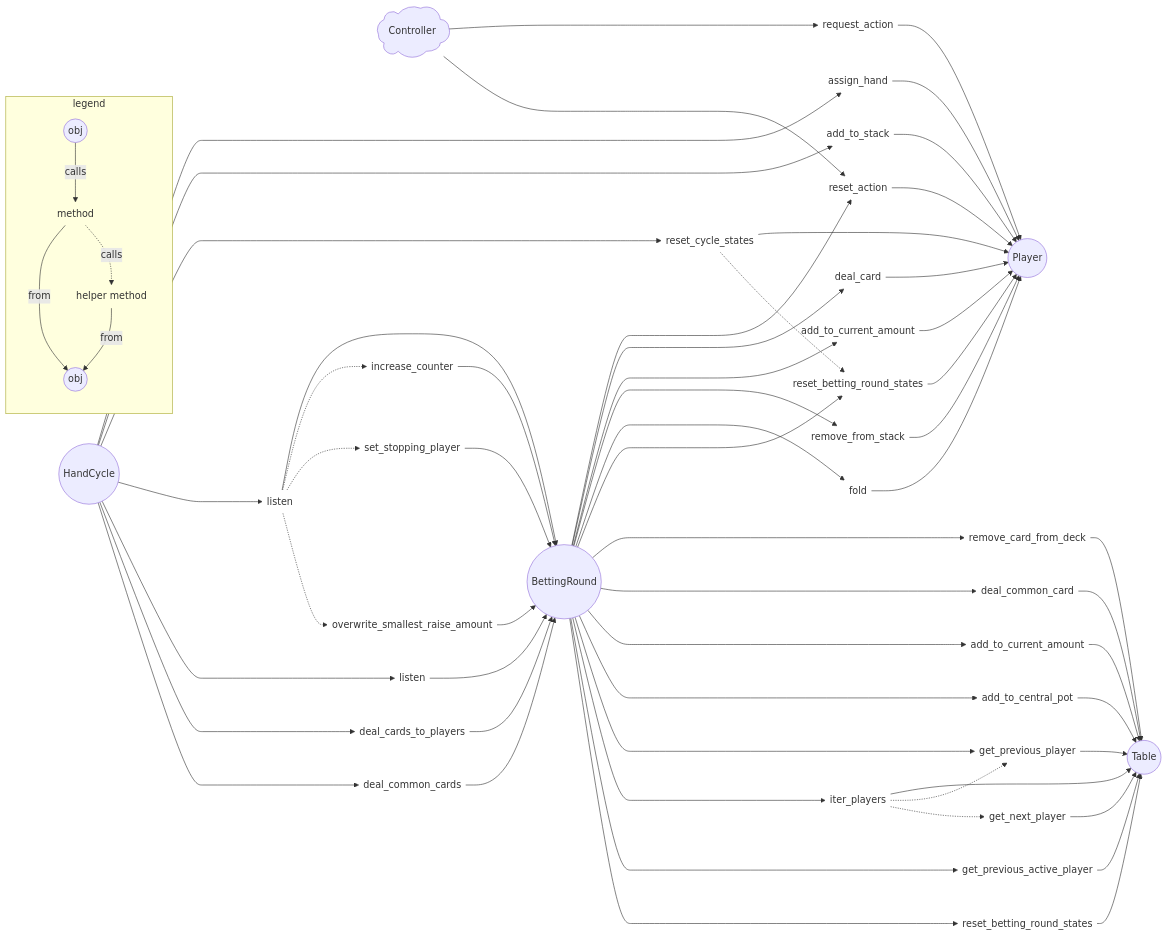
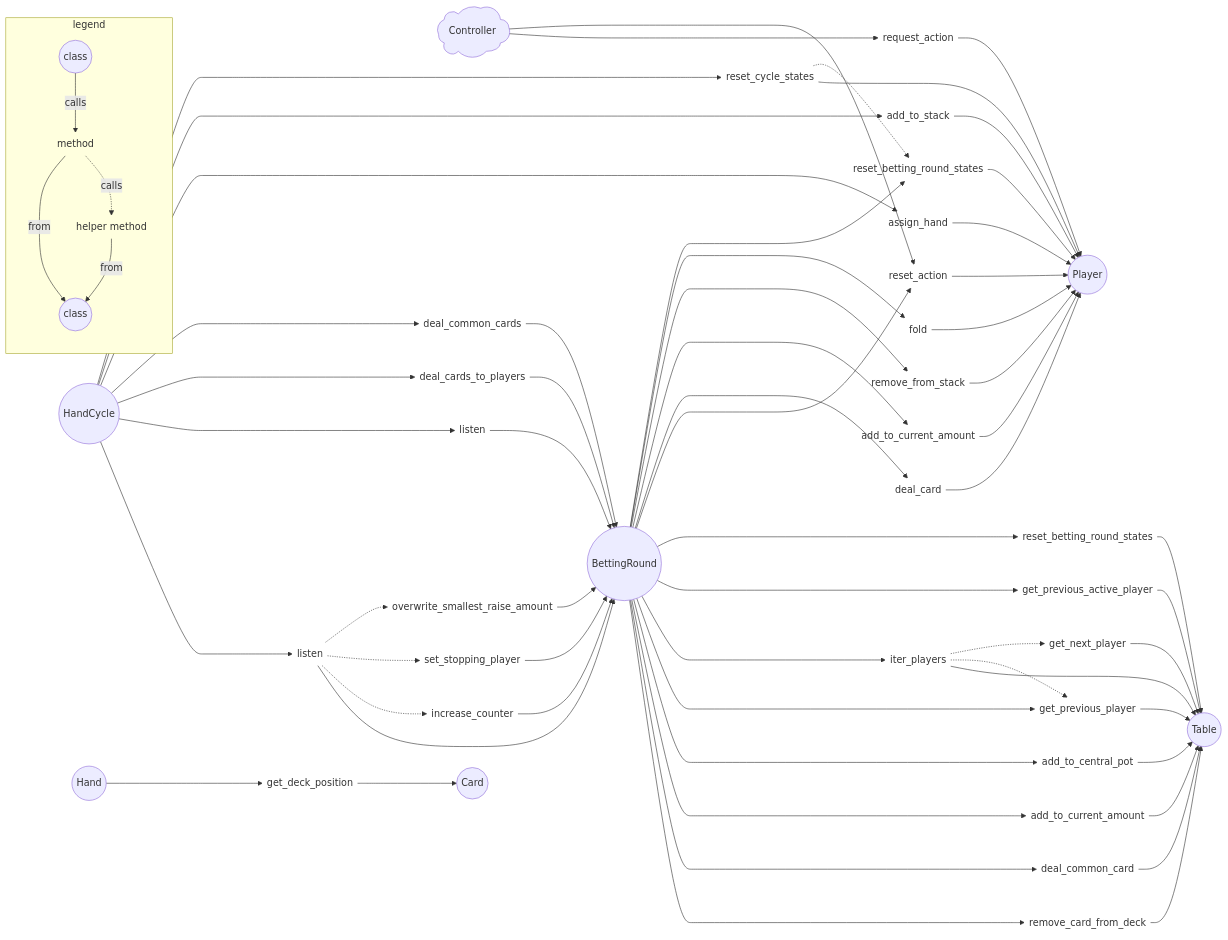
One commit to jorsaland/pokerpy changed the diagram in MODEL.md. Above: the diagram before and after it, drawn with Mermaid.

Commit message:
added cards and hands to the communication model

````diff
--- a/MODEL.md
+++ b/MODEL.md
@@ -1,12 +1,14 @@
 ```mermaid
 flowchart LR
 
+    %% Legend
+
     subgraph legend
-        i1(obj)@{ shape: circle }
-        i2(obj)@{ shape: circle }
+        i1(class)@{ shape: circle }
+        i2(class)@{ shape: circle }
         m1(method)@{ shape: text }
         m2(helper method)@{ shape: text }
-        i1 -->|calls| m1
+        i1 --> |calls| m1
         m1 --> |from| i2
         m1 -.-> |calls| m2
         m2 --> |from| i2
@@ -15,6 +17,28 @@
     %% Classes and methods
 
     C(Controller)@{ shape: cloud }
+
+    HC(HandCycle)@{ shape: circle }
+
+    BR(BettingRound)@{ shape: circle }
+    BR.listen(listen)@{ shape: text }
+    BR.close(listen)@{ shape: text }
+    BR.increase_counter(increase_counter)@{ shape: text }
+    BR.set_stopping_player(set_stopping_player)@{ shape: text }
+    BR.overwrite_smallest_raise_amount(overwrite_smallest_raise_amount)@{ shape: text }
+    BR.deal_cards_to_players(deal_cards_to_players)@{ shape: text }
+    BR.deal_common_cards(deal_common_cards)@{ shape: text }
+
+    T(Table)@{ shape: circle }
+    T.remove_card_from_deck(remove_card_from_deck)@{ shape: text }
+    T.deal_common_card(deal_common_card)@{ shape: text }
+    T.add_to_current_amount(add_to_current_amount)@{ shape: text }
+    T.add_to_central_pot(add_to_central_pot)@{ shape: text }
+    T.get_previous_player(get_previous_player)@{ shape: text }
+    T.get_next_player(get_next_player)@{ shape: text }
+    T.iter_players(iter_players)@{ shape: text }
+    T.get_previous_active_player(get_previous_active_player)@{ shape: text }
+    T.reset_betting_round_states(reset_betting_round_states)@{ shape: text }
 
     P(Player)@{ shape: circle }
     P.request_action(request_action)@{ shape: text }
@@ -28,29 +52,30 @@
     P.add_to_stack(add_to_stack)@{ shape: text }
     P.reset_cycle_states(reset_cycle_states)@{ shape: text }
 
-    T(Table)@{ shape: circle }
-    T.remove_card_from_deck(remove_card_from_deck)@{ shape: text }
-    T.deal_common_card(deal_common_card)@{ shape: text }
-    T.add_to_current_amount(add_to_current_amount)@{ shape: text }
-    T.add_to_central_pot(add_to_central_pot)@{ shape: text }
-    T.get_previous_player(get_previous_player)@{ shape: text }
-    T.get_next_player(get_next_player)@{ shape: text }
-    T.iter_players(iter_players)@{ shape: text }
-    T.get_previous_active_player(get_previous_active_player)@{ shape: text }
-    T.reset_betting_round_states(reset_betting_round_states)@{ shape: text }
+    H(Hand)@{ shape: circle }
 
-    BR(BettingRound)@{ shape: circle }
-    BR.listen(listen)@{ shape: text }
-    BR.close(listen)@{ shape: text }
-    BR.increase_counter(increase_counter)@{ shape: text }
-    BR.set_stopping_player(set_stopping_player)@{ shape: text }
-    BR.overwrite_smallest_raise_amount(overwrite_smallest_raise_amount)@{ shape: text }
-    BR.deal_cards_to_players(deal_cards_to_players)@{ shape: text }
-    BR.deal_common_cards(deal_common_cards)@{ shape: text }
-
-    HC(HandCycle)@{ shape: circle }
+    Cd(Card)@{ shape: circle }
+    Cd.get_deck_position(get_deck_position)@{ shape: text }
 
     %% Class-method relations
+
+    BR.listen --> BR
+    BR.close --> BR
+    BR.increase_counter --> BR
+    BR.set_stopping_player --> BR
+    BR.overwrite_smallest_raise_amount --> BR
+    BR.deal_cards_to_players --> BR
+    BR.deal_common_cards --> BR
+
+    T.remove_card_from_deck --> T
+    T.deal_common_card --> T
+    T.add_to_current_amount --> T
+    T.add_to_central_pot --> T
+    T.get_previous_player --> T
+    T.get_next_player --> T
+    T.iter_players --> T
+    T.get_previous_active_player --> T
+    T.reset_betting_round_states --> T
 
     P.request_action --> P
     P.reset_action --> P
@@ -63,35 +88,21 @@
     P.add_to_stack --> P
     P.reset_cycle_states --> P
 
-    T.remove_card_from_deck --> T
-    T.deal_common_card --> T
-    T.add_to_current_amount --> T
-    T.add_to_central_pot --> T
-    T.get_previous_player --> T
-    T.get_next_player --> T
-    T.iter_players --> T
-    T.get_previous_active_player --> T
-    T.reset_betting_round_states --> T
+    Cd.get_deck_position --> Cd
 
-    BR.listen --> BR
-    BR.close --> BR
-    BR.increase_counter --> BR
-    BR.set_stopping_player --> BR
-    BR.overwrite_smallest_raise_amount --> BR
-    BR.deal_cards_to_players --> BR
-    BR.deal_common_cards --> BR
-
-    %% Method access relations
+    %% Class-method
 
     C -----> P.request_action
     C -----> P.reset_action
 
-    BR ----> P.reset_action
-    BR ----> P.deal_card
-    BR ----> P.add_to_current_amount
-    BR ----> P.remove_from_stack
-    BR ----> P.fold
-    BR ----> P.reset_betting_round_states
+    HC ----> BR.listen
+    HC ----> BR.close
+    HC ----> BR.deal_cards_to_players
+    HC ----> BR.deal_common_cards
+
+    HC ----> P.assign_hand
+    HC ----> P.add_to_stack
+    HC ----> P.reset_cycle_states
 
     BR ----> T.remove_card_from_deck
     BR ----> T.deal_common_card
@@ -102,14 +113,14 @@
     BR ----> T.get_previous_active_player
     BR ----> T.reset_betting_round_states
 
-    HC ----> P.assign_hand
-    HC ----> P.add_to_stack
-    HC ----> P.reset_cycle_states
+    BR ----> P.reset_action
+    BR ----> P.deal_card
+    BR ----> P.add_to_current_amount
+    BR ----> P.remove_from_stack
+    BR ----> P.fold
+    BR ----> P.reset_betting_round_states
 
-    HC ----> BR.listen
-    HC ----> BR.close
-    HC ----> BR.deal_cards_to_players
-    HC ----> BR.deal_common_cards
+    H ----> Cd.get_deck_position
 
     %% Helper method relations
 
````
